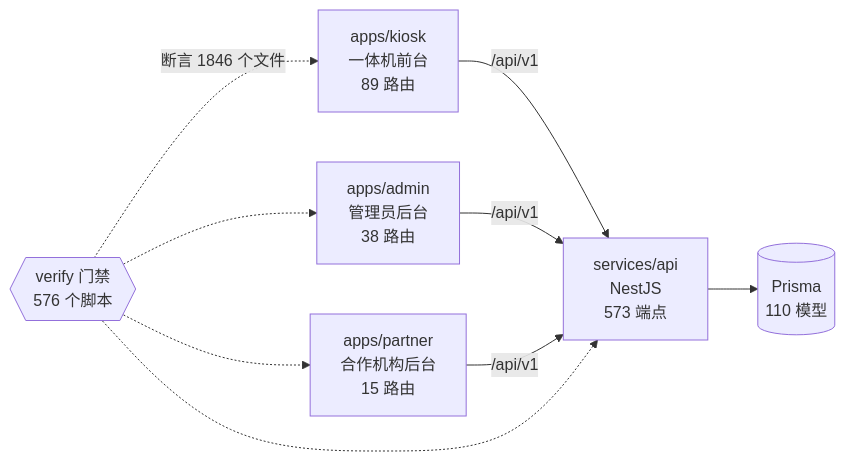
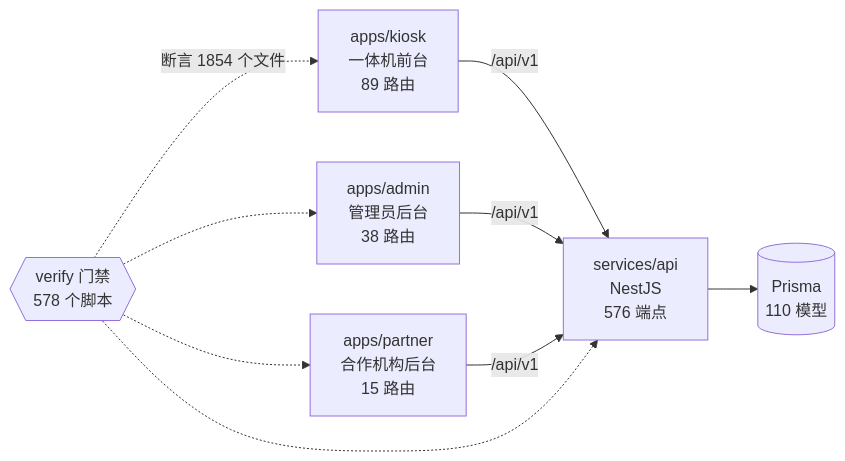
The diagram in docs/graph/README.md (wanglei581/YITIJI), drawn with Mermaid before and after one commit. The commit also changed other lines of this file and 21 other files, not shown here.

````diff
--- a/docs/graph/README.md
+++ b/docs/graph/README.md
@@ -68,18 +68,18 @@
 ```mermaid
 flowchart LR
   kiosk["apps/kiosk<br/>一体机前台<br/>89 路由"]
   admin["apps/admin<br/>管理员后台<br/>38 路由"]
   partner["apps/partner<br/>合作机构后台<br/>15 路由"]
-  api["services/api<br/>NestJS<br/>573 端点"]
+  api["services/api<br/>NestJS<br/>576 端点"]
   db[("Prisma<br/>110 模型")]
-  gates{{"verify 门禁<br/>576 个脚本"}}
+  gates{{"verify 门禁<br/>578 个脚本"}}
 
   kiosk -->|"/api/v1"| api
   admin -->|"/api/v1"| api
   partner -->|"/api/v1"| api
   api --> db
-  gates -.->|"断言 1846 个文件"| kiosk
+  gates -.->|"断言 1854 个文件"| kiosk
   gates -.-> admin
   gates -.-> partner
   gates -.-> api
 ```
````
